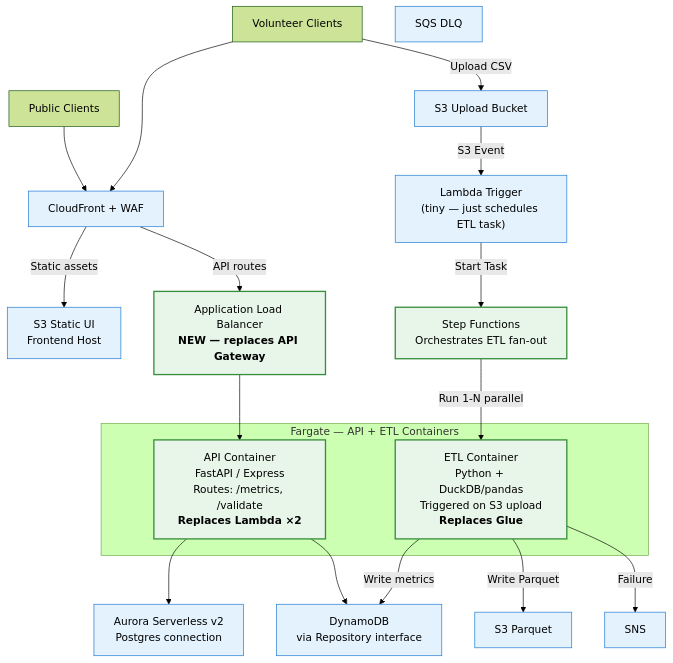
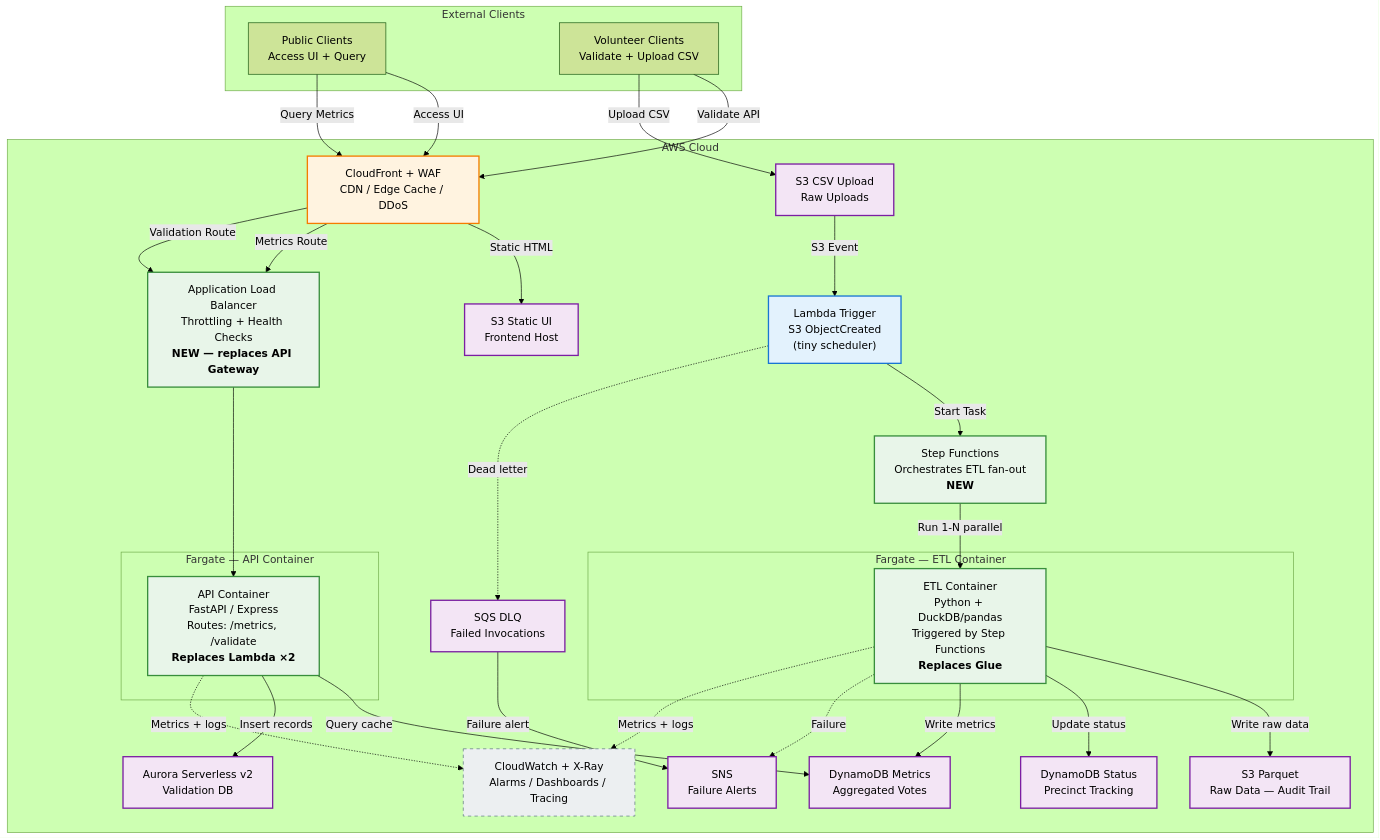
One commit to daryllmagsombol/ppcrv-poc changed the first of 5 diagrams in readme-re-arch.md. Above: the diagram before and after it, drawn with Mermaid (forest theme).

Commit message:
updated flow for aws serivces

````diff
--- a/readme-re-arch.md
+++ b/readme-re-arch.md
@@ -47,42 +47,67 @@
 ```mermaid
 graph TB
+    classDef client fill:#e1f5fe,stroke:#0288d1,stroke-width:2px
+    classDef edge fill:#fff3e0,stroke:#f57c00,stroke-width:2px
+    classDef api fill:#e3f2fd,stroke:#1976d2,stroke-width:2px
     classDef new fill:#e8f5e9,stroke:#388e3c,stroke-width:2px
-    classDef unchanged fill:#e3f2fd,stroke:#1976d2,stroke-width:1px
+    classDef storage fill:#f3e5f5,stroke:#7b1fa2,stroke-width:2px
+    classDef etl fill:#fce4ec,stroke:#c62828,stroke-width:2px
+    classDef obs fill:#eceff1,stroke:#546e7a,stroke-width:1px,stroke-dasharray: 5 5
 
-    Public[Public Clients]
-    Volunteer[Volunteer Clients]
-
-    CF[CloudFront + WAF]:::unchanged
-    S3UI[S3 Static UI<br/>Frontend Host]:::unchanged
-    ALB["Application Load Balancer<br/><b>NEW — replaces API Gateway</b>"]:::new
-
-    subgraph Fargate["Fargate — API + ETL Containers"]
-        API["API Container<br/>FastAPI / Express<br/>Routes: /metrics, /validate<br/><b>Replaces Lambda ×2</b>"]:::new
-        ETL["ETL Container<br/>Python + DuckDB/pandas<br/>Triggered on S3 upload<br/><b>Replaces Glue</b>"]:::new
+    subgraph Ext["External Clients"]
+        Public[Public Clients<br/>Access UI + Query]
+        Volunteer[Volunteer Clients<br/>Validate + Upload CSV]
     end
 
-    S3Upload[S3 Upload Bucket]:::unchanged
-    S3Trigger["Lambda Trigger<br/>(tiny — just schedules ETL task)"]:::unchanged
-    SF["Step Functions<br/>Orchestrates ETL fan-out"]:::new
-    S3Parquet[S3 Parquet]:::unchanged
-    Aurora[Aurora Serverless v2<br/>Postgres connection]:::unchanged
-    DDB[DynamoDB<br/>via Repository interface]:::unchanged
-    SNS[SNS]:::unchanged
-    SQS[SQS DLQ]:::unchanged
+    subgraph AWS["AWS Cloud"]
+        CF[CloudFront + WAF<br/>CDN / Edge Cache / DDoS]:::edge
+        S3UI[S3 Static UI<br/>Frontend Host]:::storage
+        ALB["Application Load Balancer<br/>Throttling + Health Checks<br/><b>NEW — replaces API Gateway</b>"]:::new
 
-    Public --> CF
-    Volunteer --> CF
-    CF -->|Static assets| S3UI
-    CF -->|API routes| ALB
+        subgraph FargateAPI["Fargate — API Container"]
+            API["API Container<br/>FastAPI / Express<br/>Routes: /metrics, /validate<br/><b>Replaces Lambda ×2</b>"]:::new
+        end
+
+        subgraph FargateETL["Fargate — ETL Container"]
+            ETL["ETL Container<br/>Python + DuckDB/pandas<br/>Triggered by Step Functions<br/><b>Replaces Glue</b>"]:::new
+        end
+
+        SF["Step Functions<br/>Orchestrates ETL fan-out<br/><b>NEW</b>"]:::new
+        Trigger["Lambda Trigger<br/>S3 ObjectCreated<br/>(tiny scheduler)"]:::api
+        CW["CloudWatch + X-Ray<br/>Alarms / Dashboards / Tracing"]:::obs
+
+        S3Upload[S3 CSV Upload<br/>Raw Uploads]:::storage
+        S3Parquet[S3 Parquet<br/>Raw Data — Audit Trail]:::storage
+        DDBMetrics[DynamoDB Metrics<br/>Aggregated Votes]:::storage
+        DDBStatus[DynamoDB Status<br/>Precinct Tracking]:::storage
+        Aurora[Aurora Serverless v2<br/>Validation DB]:::storage
+        SQS[SQS DLQ<br/>Failed Invocations]:::storage
+        SNS[SNS<br/>Failure Alerts]:::storage
+    end
+
+    Public -->|Access UI| CF
+    Public -->|Query Metrics| CF
+    Volunteer -->|Validate API| CF
+    Volunteer -->|Upload CSV| S3Upload
+
+    CF -->|Static HTML| S3UI
+    CF -->|Metrics Route| ALB
+    CF -->|Validation Route| ALB
+
     ALB --> API
-    API --> Aurora
-    API --> DDB
+    API -->|Query cache| DDBMetrics
+    API -->|Insert records| Aurora
+    API -.->|Metrics + logs| CW
 
-    Volunteer -->|Upload CSV| S3Upload
-    S3Upload -->|S3 Event| S3Trigger
-    S3Trigger -->|Start Task| SF
+    S3Upload -->|S3 Event| Trigger
+    Trigger -->|Start Task| SF
+    Trigger -.->|Dead letter| SQS
+    SQS -->|Failure alert| SNS
+
     SF -->|Run 1-N parallel| ETL
-    ETL -->|Write Parquet| S3Parquet
-    ETL -->|Write metrics| DDB
-    ETL -->|Failure| SNS
+    ETL -->|Write raw data| S3Parquet
+    ETL -->|Update status| DDBStatus
+    ETL -->|Write metrics| DDBMetrics
+    ETL -.->|Failure| SNS
+    ETL -.->|Metrics + logs| CW
 ```
````
